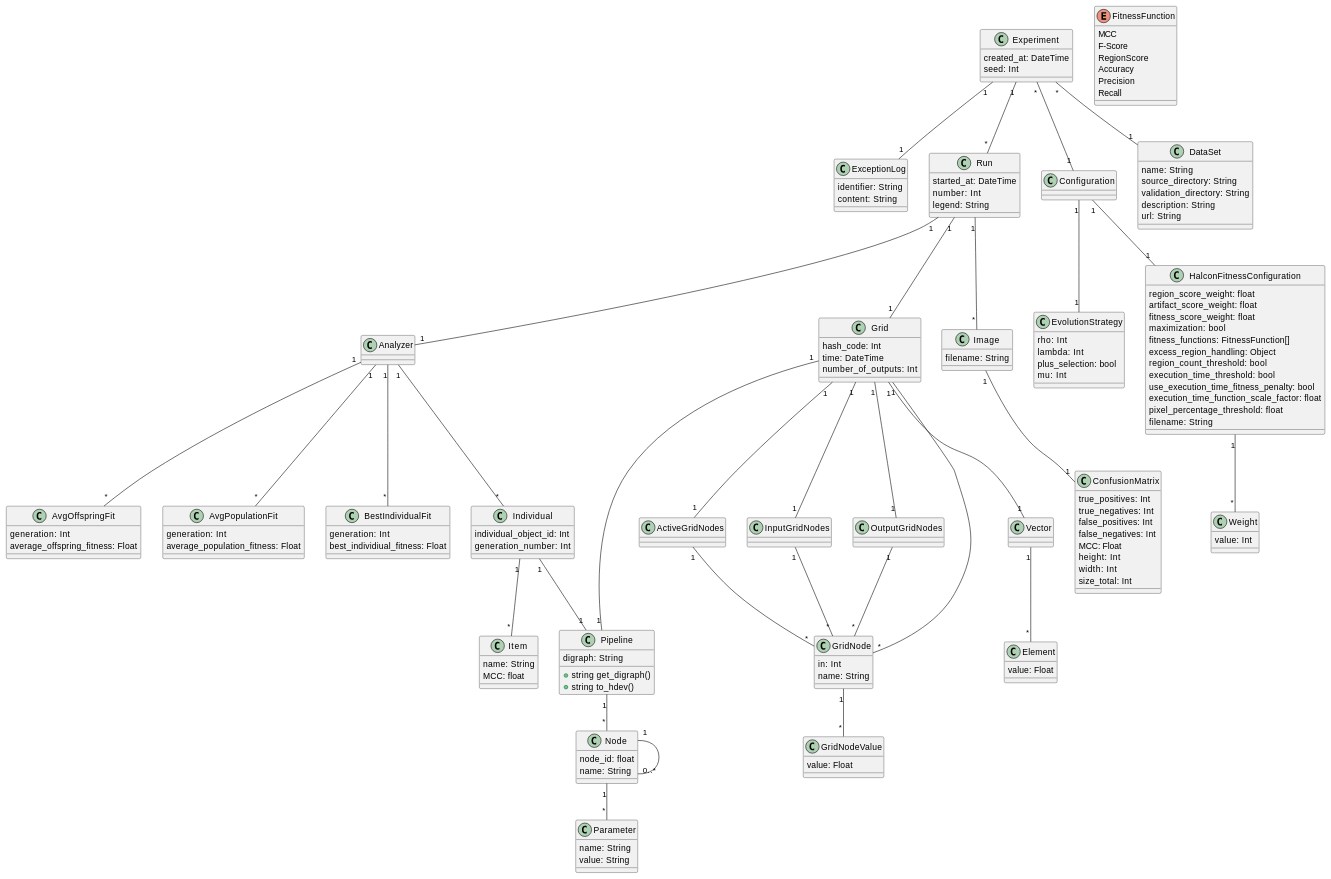
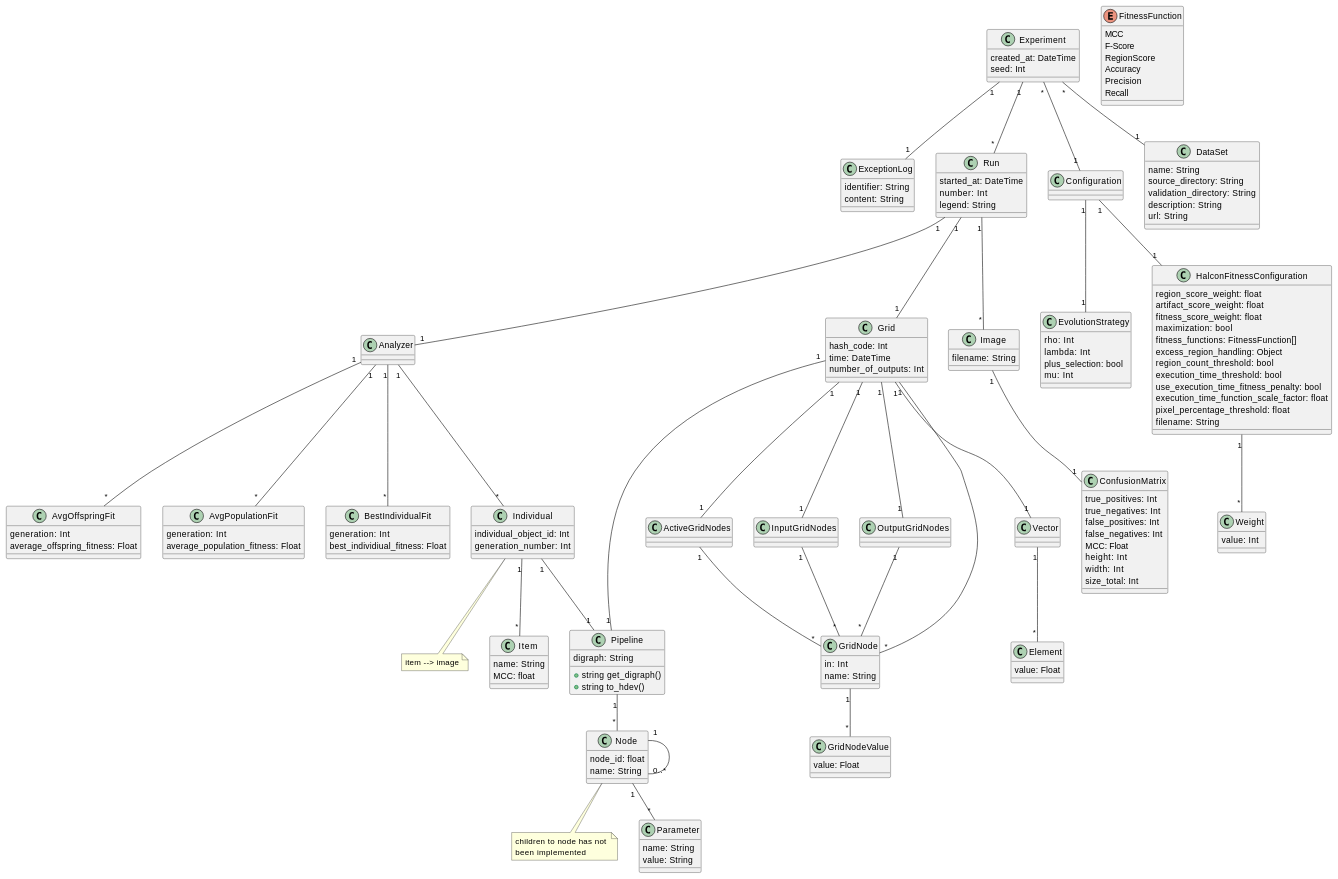
The diagram in diagrams/DataModel.md (anmarchio/experiments), drawn with PlantUML before and after one commit.

```diff
--- a/diagrams/DataModel.md
+++ b/diagrams/DataModel.md
@@ -85,6 +85,9 @@
   individual_object_id: Int
   generation_number: Int
 }
+note bottom of Individual
+  item --> image
+end note
 
 class Item {
   name: String
@@ -120,6 +123,10 @@
   node_id: float
   name: String
 }
+note bottom of Node
+  children to node has not 
+  been implemented
+end note
 
 class Parameter {
   name: String
```
